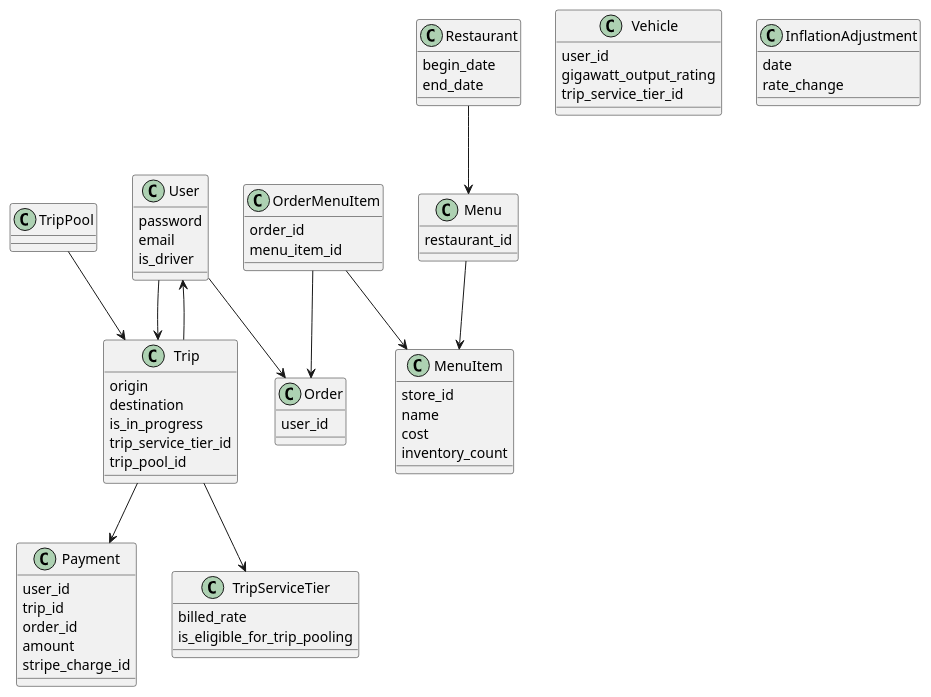
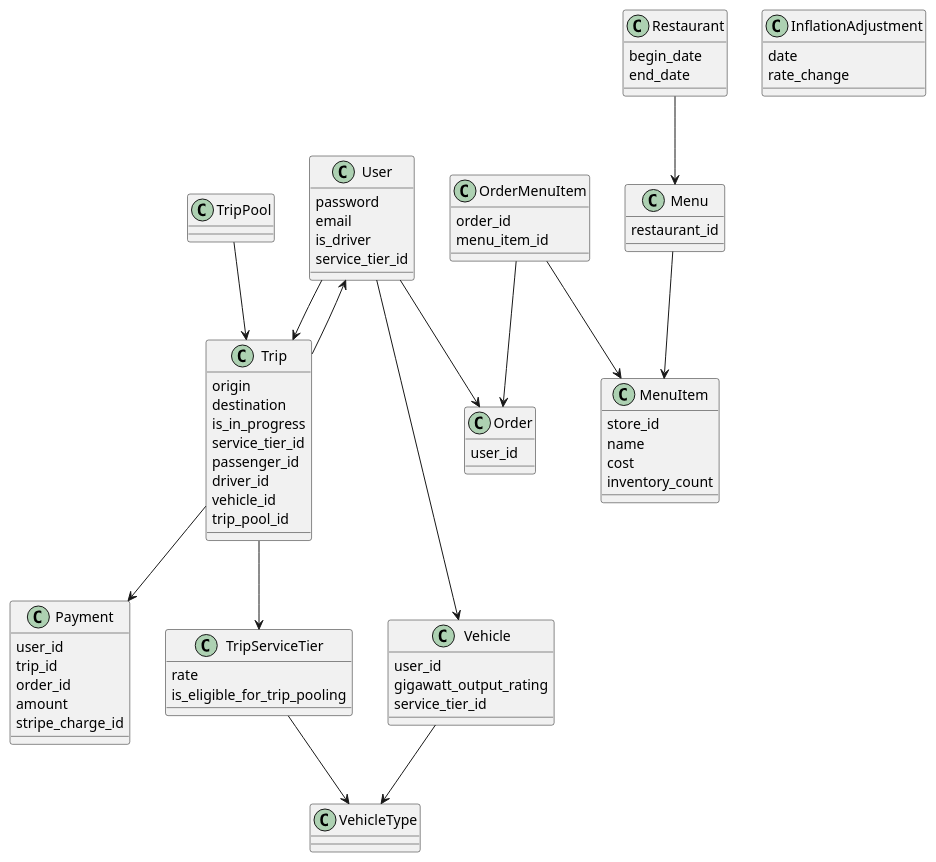
One commit to andrewhao/dddrail-talk changed the diagram in diagrams/4-delorean-eats.plantuml. Above: the diagram before and after it, drawn with PlantUML. The commit also changed 8 other files, not shown here.

Commit message:
Refining diagrams.

```diff
--- a/diagrams/4-delorean-eats.plantuml
+++ b/diagrams/4-delorean-eats.plantuml
@@ -1,84 +1,91 @@
 @startuml
 skinparam shadowing false
 
 class User {
   password
   email
   is_driver
+  service_tier_id
 }
 
 class Trip {
   origin
   destination
   is_in_progress
-  trip_service_tier_id
+  service_tier_id
+  passenger_id
+  driver_id
+  vehicle_id
   trip_pool_id
 }
 
 class Vehicle {
   user_id
   gigawatt_output_rating
-  trip_service_tier_id
-}
-
-class TripPool {
+  service_tier_id
 }
 
 class Payment {
   user_id
   trip_id
   order_id
   amount
   stripe_charge_id
 }
 
 class TripServiceTier {
-  billed_rate
+  rate
   is_eligible_for_trip_pooling
 }
 
 class Order {
   user_id
 }
 
-User --> Order
+class TripPool {
+}
+
 
 class OrderMenuItem {
   order_id
   menu_item_id
 }
 
 
 class Restaurant {
   begin_date
   end_date
 }
 
 class Menu {
   restaurant_id
 }
 
 class MenuItem {
   store_id
   name
   cost
   inventory_count
 }
 
 class InflationAdjustment {
   date
   rate_change
 }
 
+User --> Order
 OrderMenuItem --> Order
 OrderMenuItem --> MenuItem
 Restaurant --> Menu
 Menu --> MenuItem
 
 User --> Trip
 Trip --> User
 Trip --> Payment
 Trip --> TripServiceTier
+TripServiceTier --> VehicleType
+Vehicle --> VehicleType
+User --> Vehicle
 TripPool --> Trip
 
 @enduml
```
